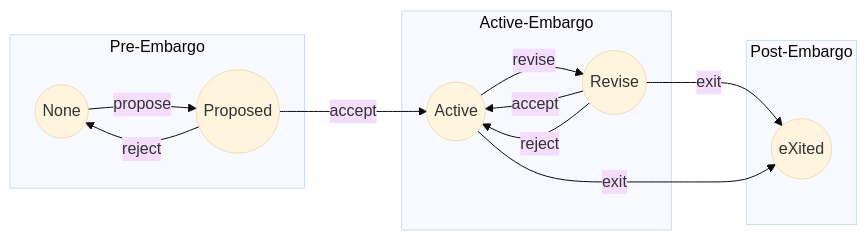
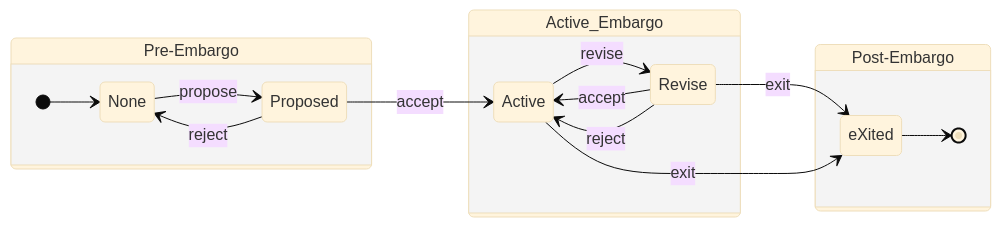
The diagram in docs/process_models/embargo_management.md (CERTCC/Vultron), drawn with Mermaid (base theme) before and after one commit. The commit also changed other lines of this file and 6 other files, not shown here.

````diff
--- a/docs/process_models/embargo_management.md
+++ b/docs/process_models/embargo_management.md
@@ -161,22 +167,20 @@
 ```mermaid
-graph LR
-    subgraph Pre-Embargo
-        N((None))
-        P((Proposed))
-    end
-    subgraph Active-Embargo
-        A((Active))
-        R((Revise))
-    end
-    subgraph Post-Embargo
-        X((eXited))
-    end
-    N -->|propose| P
-    P -->|reject| N
-    P -->|accept| A
-    A -->|revise| R
-    R -->|accept| A
-    R -->|reject| A
-    R -->|exit| X
-    A -->|exit| X
+stateDiagram-v2
+    direction LR
+    state Pre-Embargo {
+        [*] --> None
+        None --> Proposed : propose
+        Proposed --> None : reject
+        Proposed --> Active : accept
+    }
+    state Active_Embargo {
+        Active --> Revise : revise
+        Revise --> Active : accept
+        Revise --> Active : reject
+        Revise --> eXited : exit
+        Active --> eXited : exit
+    }
+    state Post-Embargo {
+        eXited --> [*]
+    }
 ```
````
